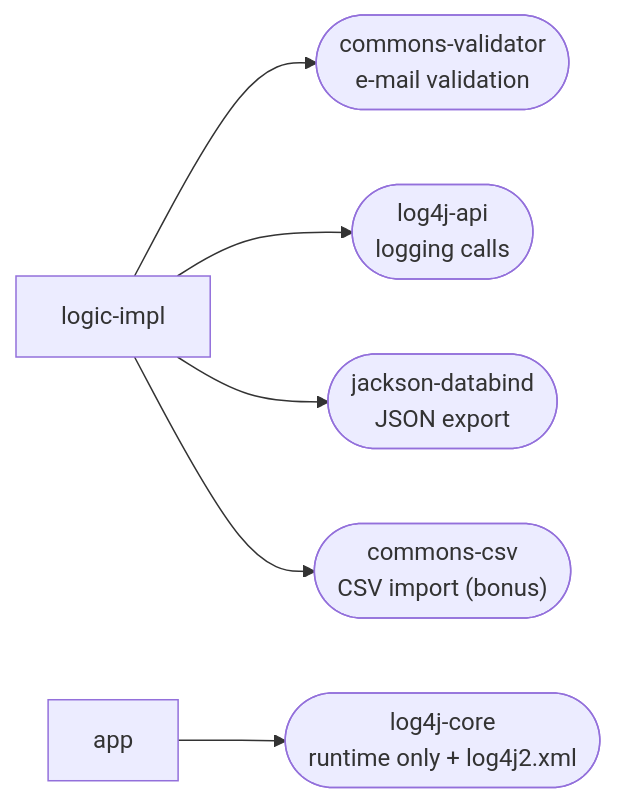
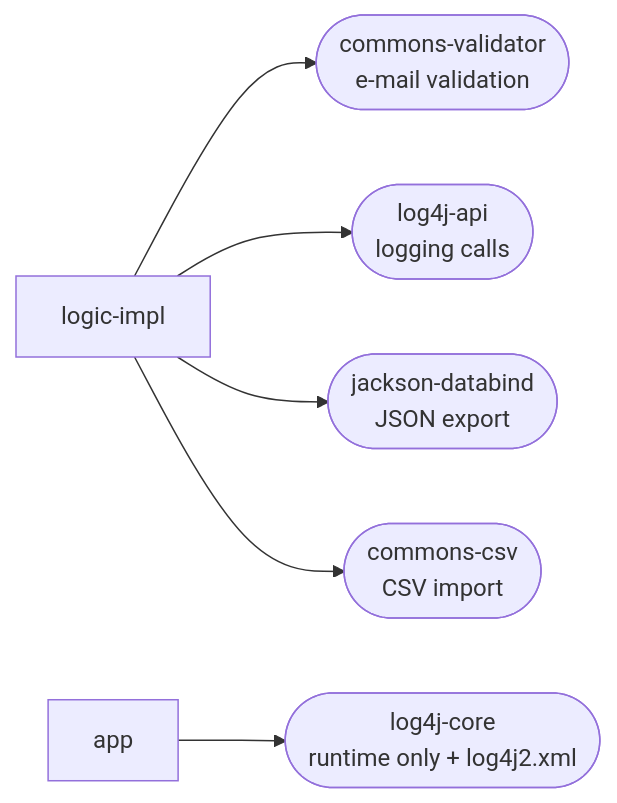
The second of 2 diagrams in README.md (tomerys10/workshop-registration-ex1), drawn with Mermaid before and after one commit. The commit also changed other lines of this file, not shown here.

````diff
--- a/README.md
+++ b/README.md
@@ -135,17 +169,17 @@
 ```mermaid
 flowchart LR
     LI["logic-impl"]
     APP["app"]
 
     CV(["commons-validator<br/>e-mail validation"])
     L4JAPI(["log4j-api<br/>logging calls"])
     JACKSON(["jackson-databind<br/>JSON export"])
-    CSV(["commons-csv<br/>CSV import (bonus)"])
+    CSV(["commons-csv<br/>CSV import"])
     L4JCORE(["log4j-core<br/>runtime only + log4j2.xml"])
 
     LI --> CV
     LI --> L4JAPI
     LI --> JACKSON
     LI --> CSV
     APP --> L4JCORE
 ```
````
